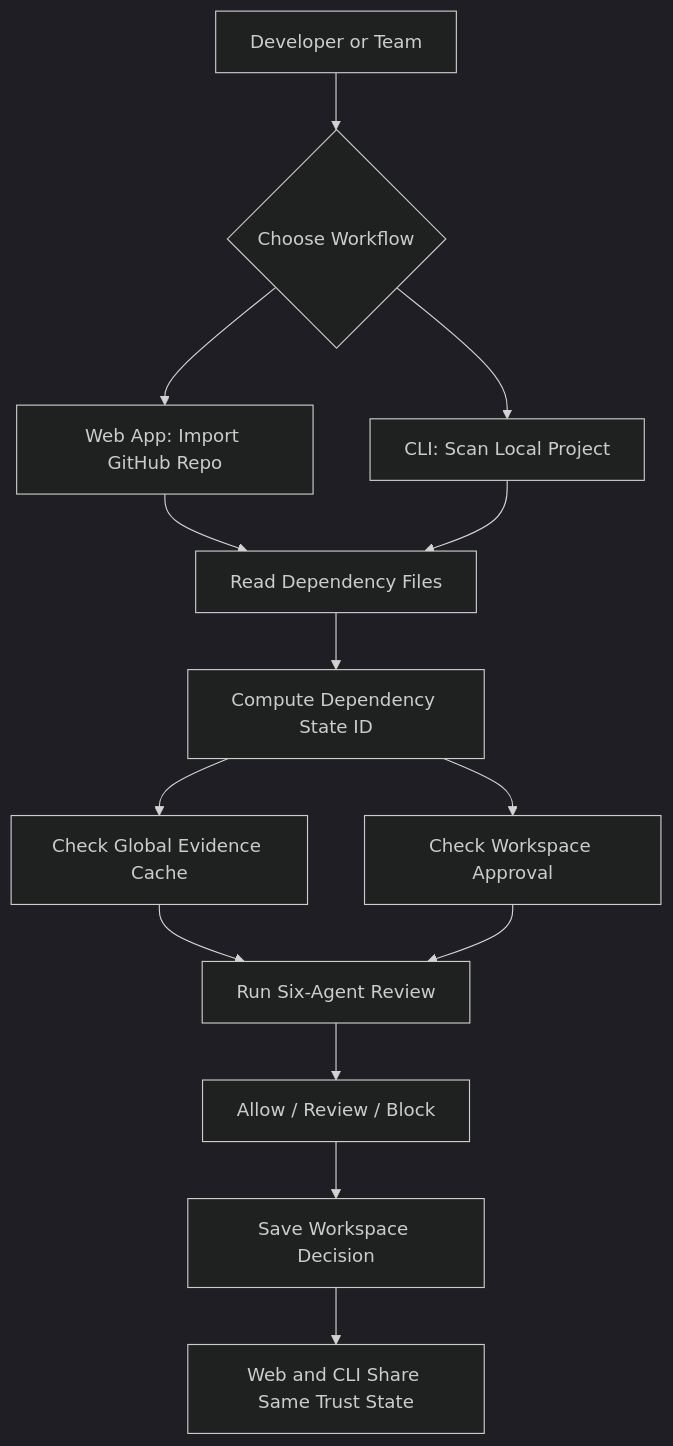
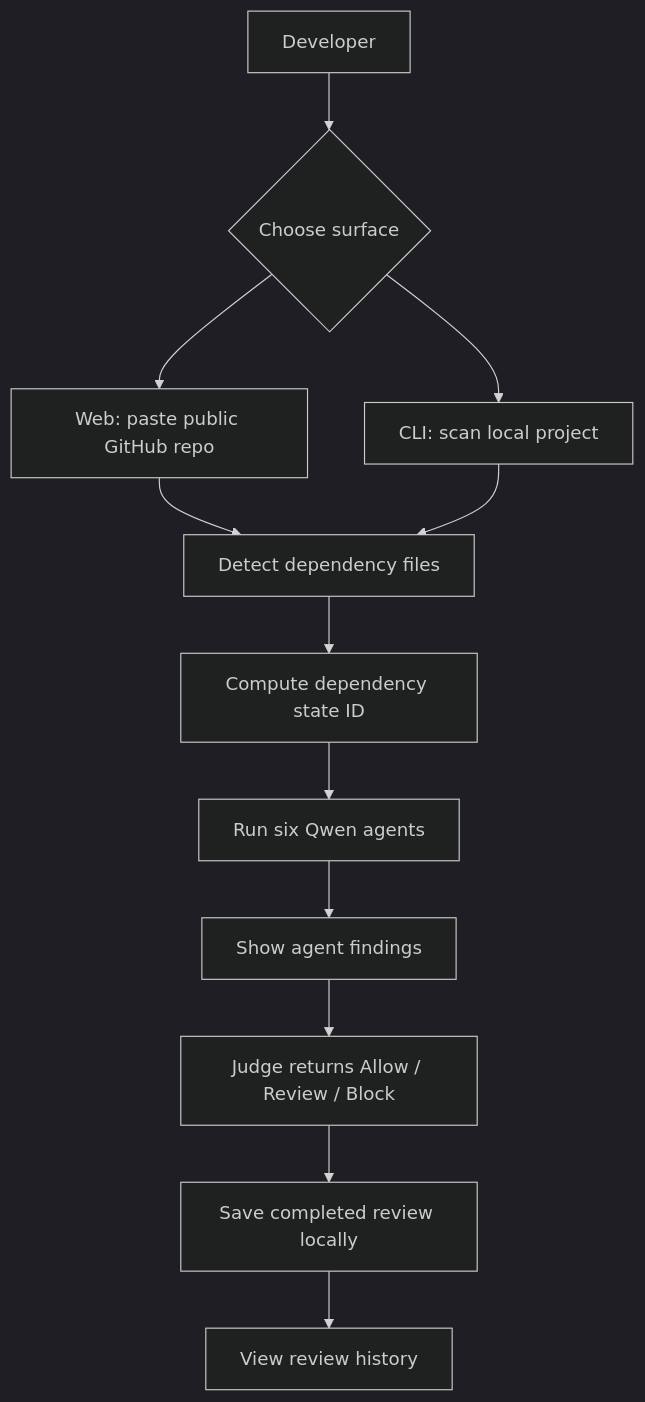
Before and after one commit to lapsapthong-16/qwenhack26: the first of 2 diagrams in README.md, drawn with Mermaid (dark theme). The commit also changed other lines of this file and 5 other files, not shown here.

````diff
--- a/README.md
+++ b/README.md
@@ -66,16 +49,14 @@
 ```mermaid
 flowchart TD
-  A[Developer or Team] --> B{Choose Workflow}
-  B --> C[Web App: Import GitHub Repo]
-  B --> D[CLI: Scan Local Project]
-  C --> E[Read Dependency Files]
+  A[Developer] --> B{Choose surface}
+  B --> C[Web: paste public GitHub repo]
+  B --> D[CLI: scan local project]
+  C --> E[Detect dependency files]
   D --> E
-  E --> F[Compute Dependency State ID]
-  F --> G[Check Global Evidence Cache]
-  F --> H[Check Workspace Approval]
-  G --> I[Run Six-Agent Review]
-  H --> I
-  I --> J[Allow / Review / Block]
-  J --> K[Save Workspace Decision]
-  K --> L[Web and CLI Share Same Trust State]
+  E --> F[Compute dependency state ID]
+  F --> G[Run six Qwen agents]
+  G --> H[Show agent findings]
+  H --> I[Judge returns Allow / Review / Block]
+  I --> J[Save completed review locally]
+  J --> K[View review history]
 ```
````
